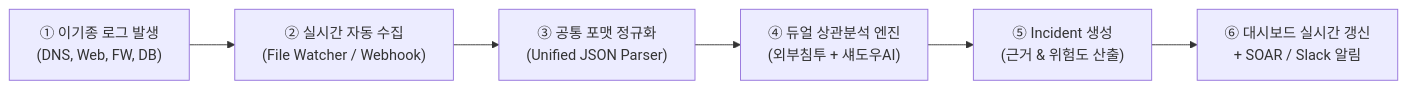
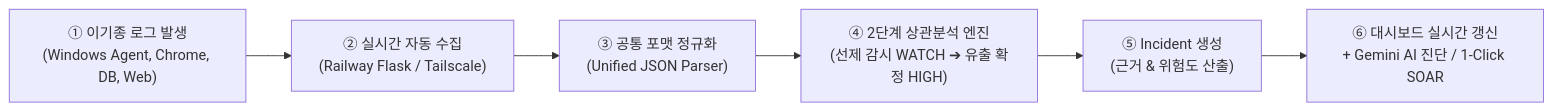
One commit to dldaudlee36/GIGANG_SIM_TEST changed the first of 3 diagrams in GIGANG_Notion_Proposal.md. Above: the diagram before and after it, drawn with Mermaid. The commit also changed other lines of this file and 3 other files, not shown here.

Commit message:
docs: update proposal and deliverables to align with implemented architecture and real pipelines

````diff
--- a/GIGANG_Notion_Proposal.md
+++ b/GIGANG_Notion_Proposal.md
@@ -41,8 +41,8 @@
 ```mermaid
 flowchart LR
-    A["① 이기종 로그 발생\n(DNS, Web, FW, DB)"] --> B["② 실시간 자동 수집\n(File Watcher / Webhook)"]
+    A["① 이기종 로그 발생\n(Windows Agent, Chrome, DB, Web)"] --> B["② 실시간 자동 수집\n(Railway Flask / Tailscale)"]
     B --> C["③ 공통 포맷 정규화\n(Unified JSON Parser)"]
-    C --> D["④ 듀얼 상관분석 엔진\n(외부침투 + 섀도우AI)"]
+    C --> D["④ 2단계 상관분석 엔진\n(선제 감시 WATCH ➔ 유출 확정 HIGH)"]
     D --> E["⑤ Incident 생성\n(근거 & 위험도 산출)"]
-    E --> F["⑥ 대시보드 실시간 갱신\n+ SOAR / Slack 알림"]
+    E --> F["⑥ 대시보드 실시간 갱신\n+ Gemini AI 진단 / 1-Click SOAR"]
 ```
````
